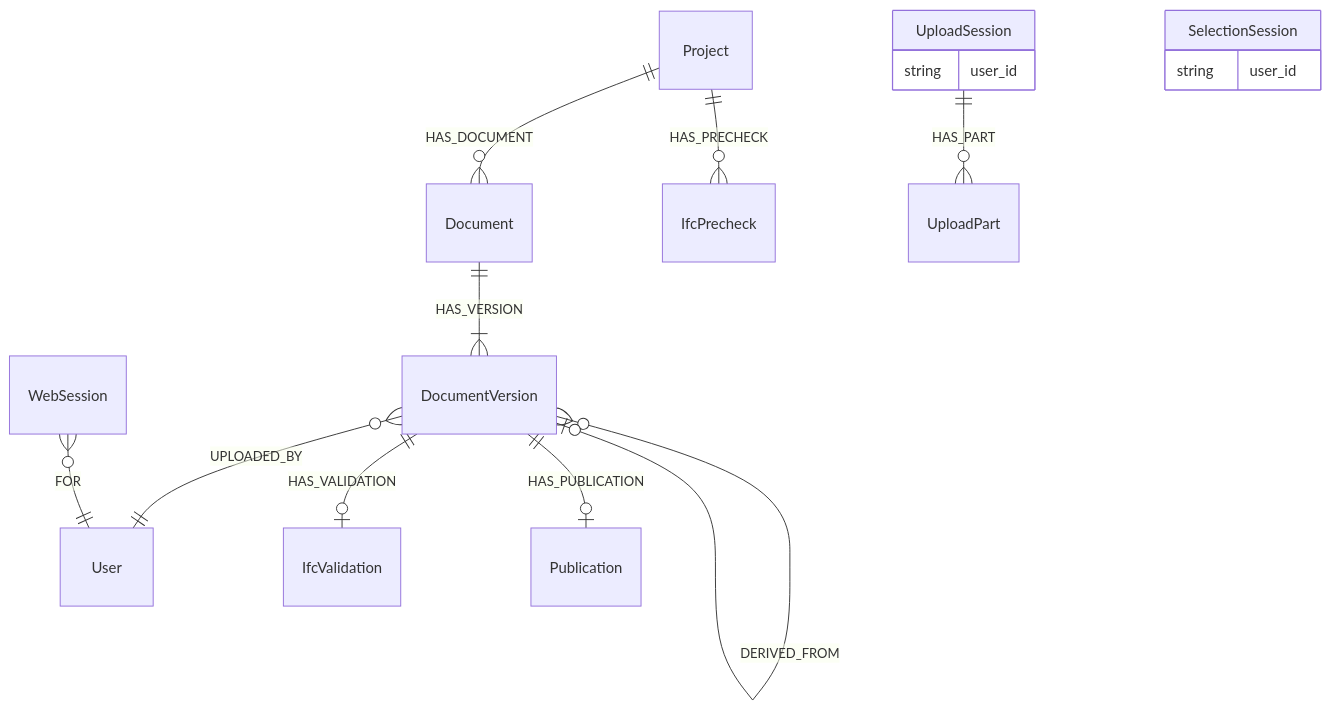
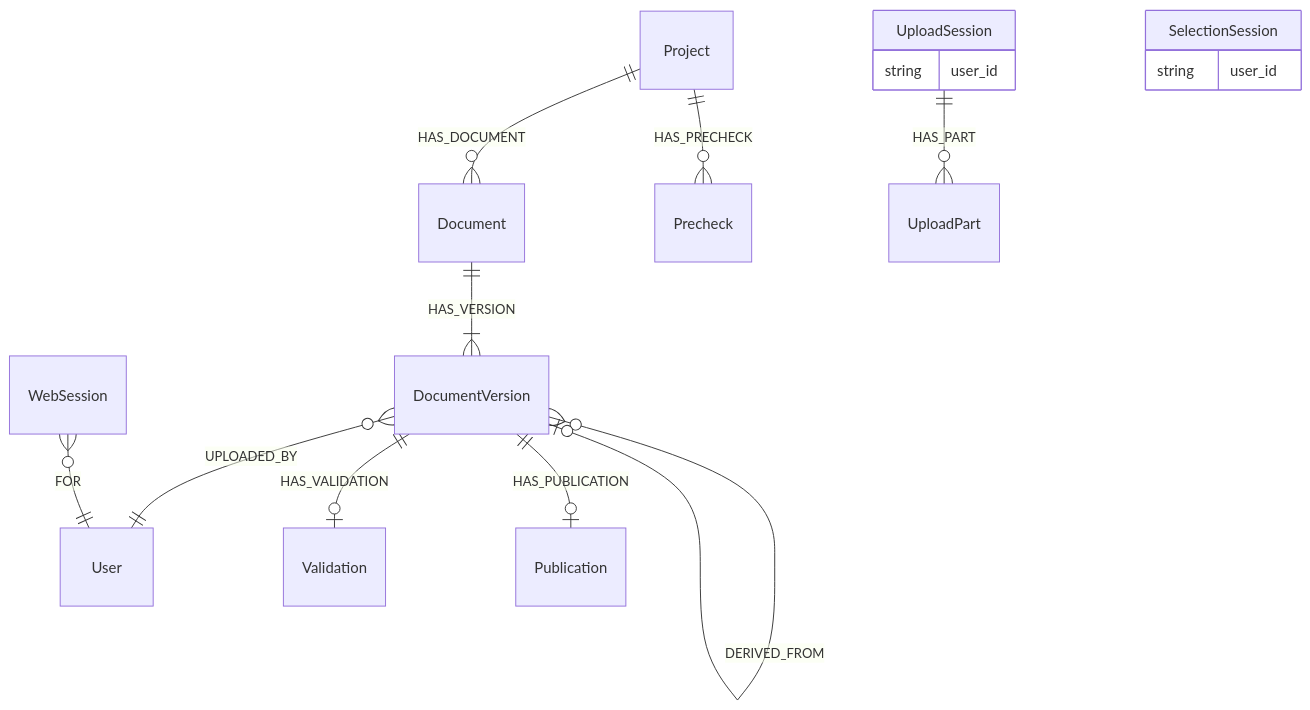
The fifth of 6 diagrams in docs/da/graph-schema.md (marwiss/Kontroll), drawn with Mermaid before and after one commit. The commit also changed other lines of this file and 17 other files, not shown here.

````diff
--- a/docs/da/graph-schema.md
+++ b/docs/da/graph-schema.md
@@ -128,18 +132,18 @@
 ```mermaid
 erDiagram
     Project ||--o{ Document : HAS_DOCUMENT
     Document ||--|{ DocumentVersion : HAS_VERSION
     DocumentVersion }o--|| User : UPLOADED_BY
     DocumentVersion }o--o| DocumentVersion : DERIVED_FROM
-    DocumentVersion ||--o| IfcValidation : HAS_VALIDATION
+    DocumentVersion ||--o| Validation : HAS_VALIDATION
     DocumentVersion ||--o| Publication : HAS_PUBLICATION
-    Project ||--o{ IfcPrecheck : HAS_PRECHECK
+    Project ||--o{ Precheck : HAS_PRECHECK
     UploadSession ||--o{ UploadPart : HAS_PART
     WebSession }o--|| User : FOR
     UploadSession {
         string user_id
     }
     SelectionSession {
         string user_id
     }
 ```
````
